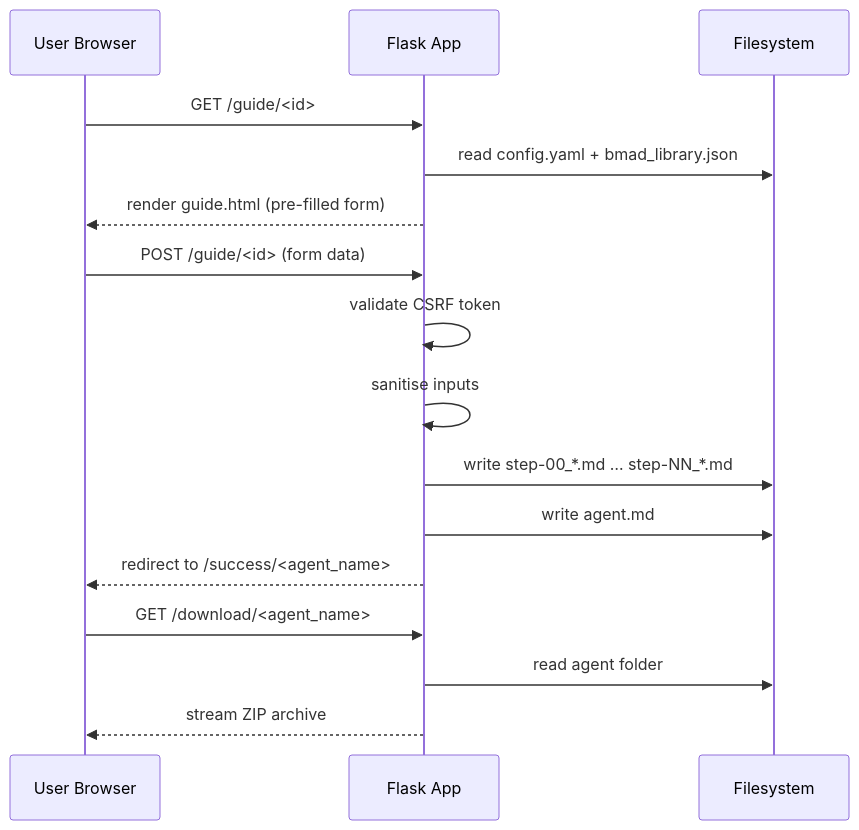
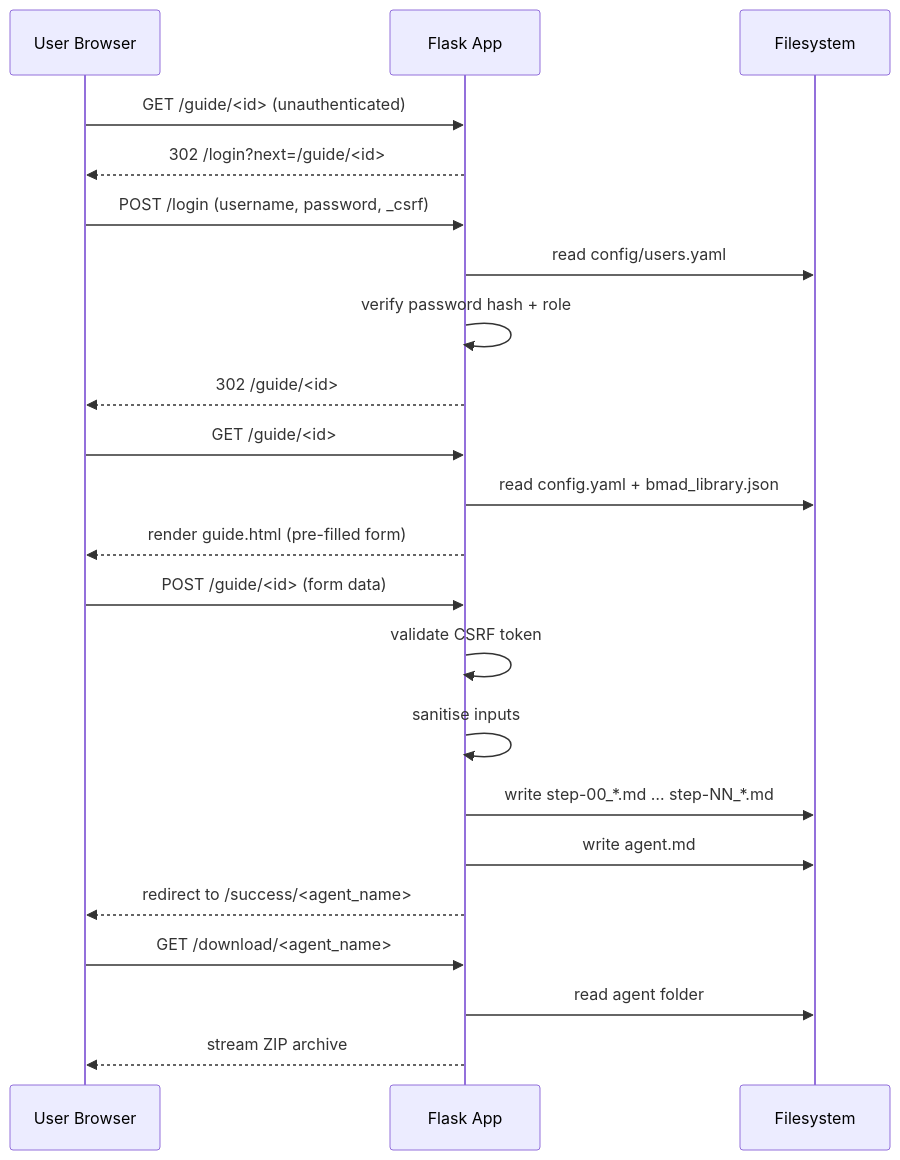
Before and after one commit to DXCSithlordPadawan/BMAD6: the third of 4 diagrams in docs/architecture.md, drawn with Mermaid. The commit also changed other lines of this file and 8 other files, not shown here.

Commit message:
Update docs, improve default password warnings, and clarify role_required docstring

````diff
--- a/docs/architecture.md
+++ b/docs/architecture.md
@@ -61,21 +64,29 @@
 ```mermaid
 sequenceDiagram
     participant U as User Browser
     participant F as Flask App
     participant FS as Filesystem
+
+    U->>F: GET /guide/<id> (unauthenticated)
+    F-->>U: 302 /login?next=/guide/<id>
+
+    U->>F: POST /login (username, password, _csrf)
+    F->>FS: read config/users.yaml
+    F->>F: verify password hash + role
+    F-->>U: 302 /guide/<id>
 
     U->>F: GET /guide/<id>
     F->>FS: read config.yaml + bmad_library.json
     F-->>U: render guide.html (pre-filled form)
 
     U->>F: POST /guide/<id> (form data)
     F->>F: validate CSRF token
     F->>F: sanitise inputs
     F->>FS: write step-00_*.md … step-NN_*.md
     F->>FS: write agent.md
     F-->>U: redirect to /success/<agent_name>
 
     U->>F: GET /download/<agent_name>
     F->>FS: read agent folder
     F-->>U: stream ZIP archive
 ```
````
